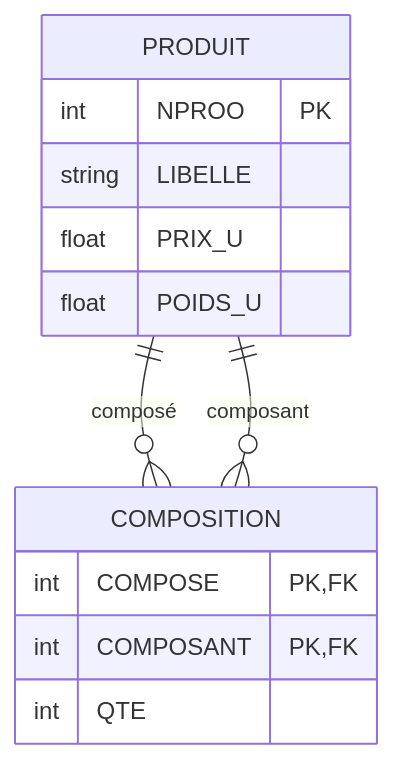
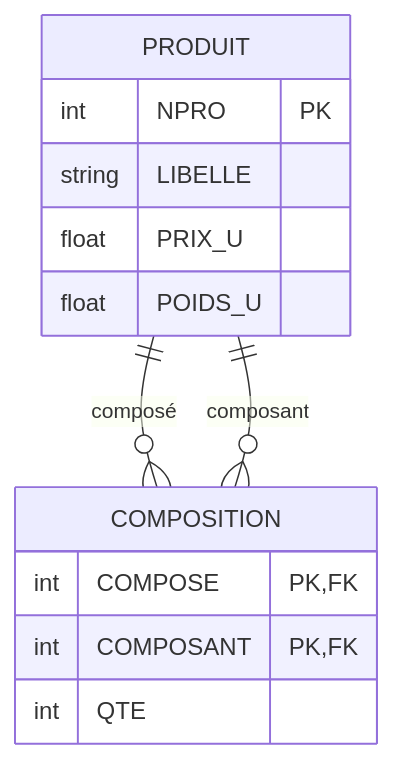
One commit to erralb/bdd changed the diagram in src/content/files/produits-mermaid.md. Above: the diagram before and after it, drawn with Mermaid. The commit also changed 9 other files, not shown here.

````diff
--- a/src/content/files/produits-mermaid.md
+++ b/src/content/files/produits-mermaid.md
@@ -1,20 +1,20 @@
 ```mermaid
 erDiagram
 
     PRODUIT {
-        int NPROO PK
+        int NPRO PK
         string LIBELLE
         float PRIX_U
         float POIDS_U
     }
 
     COMPOSITION {
         int COMPOSE PK, FK
         int COMPOSANT PK, FK
         int QTE
     }
 
     PRODUIT ||--o{ COMPOSITION : "composé"
     PRODUIT ||--o{ COMPOSITION : "composant"
 
 ```
````
